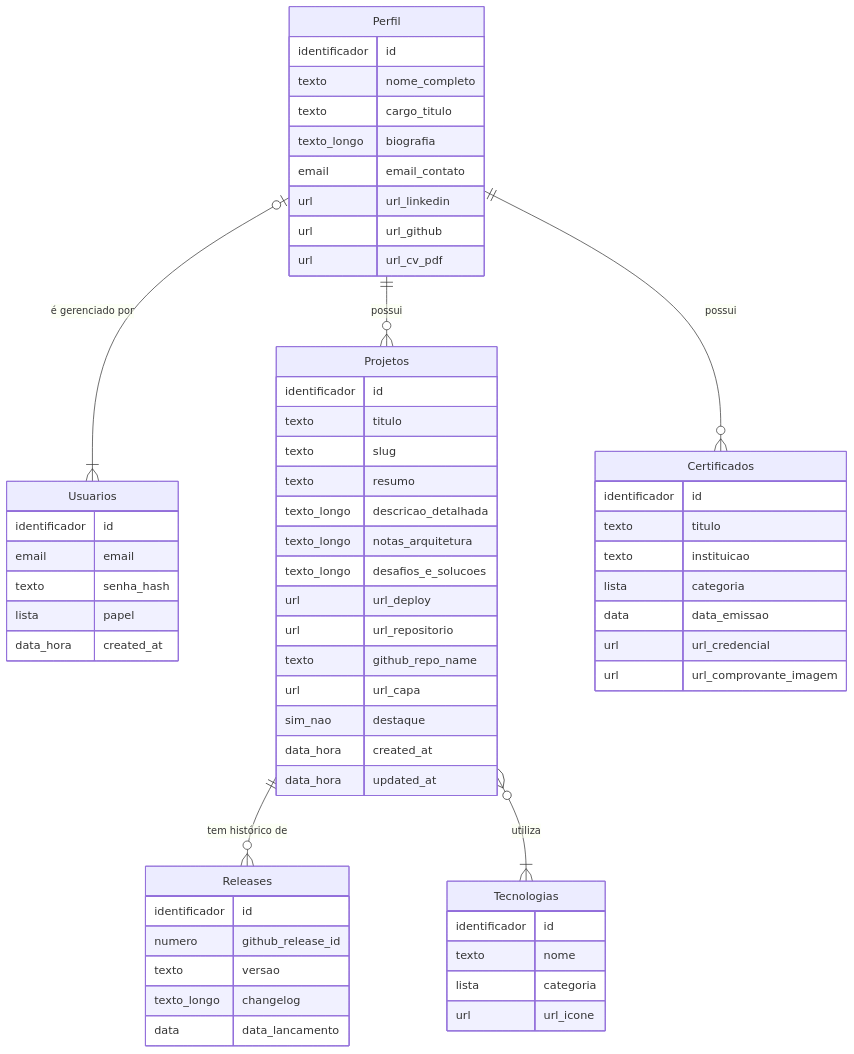
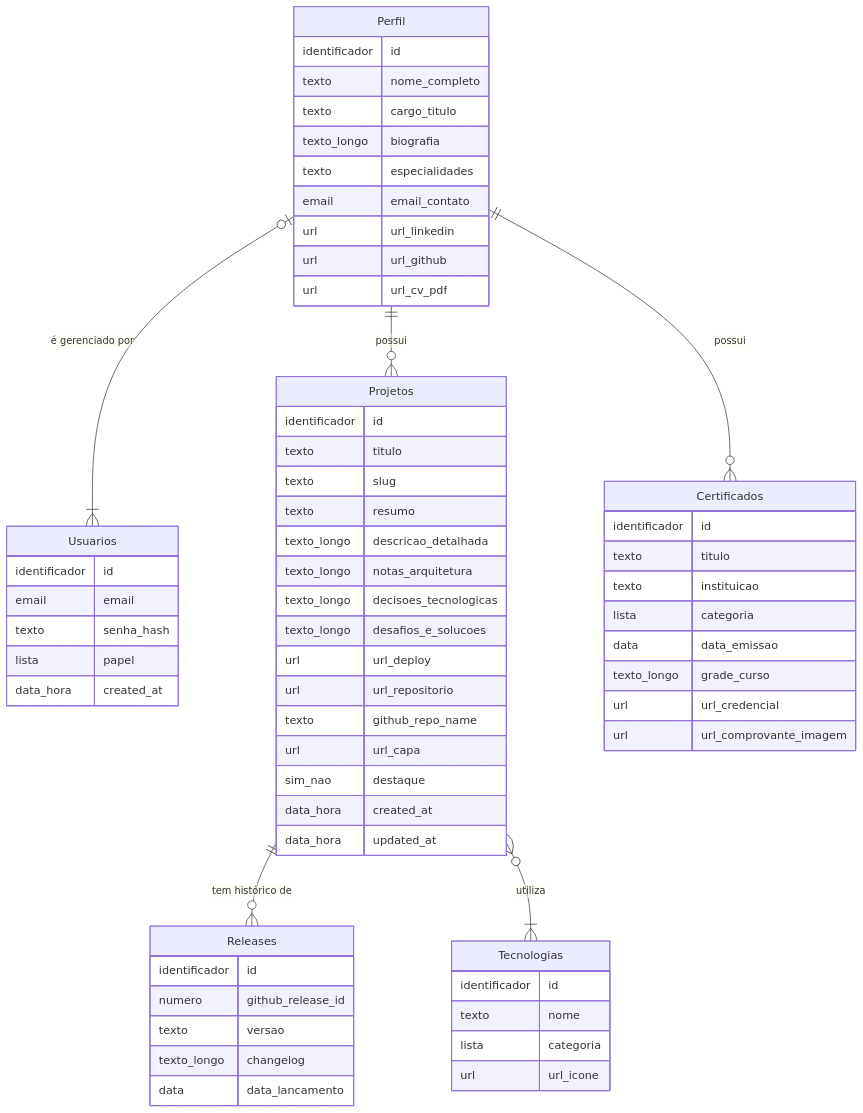
One commit to JosivalSalvador/portfolio_JosivalSalvador changed the diagram in docs/modelo-conceitual.md. Above: the diagram before and after it, drawn with Mermaid. The commit also changed other lines of this file and 66 other files, not shown here.

````diff
--- a/docs/modelo-conceitual.md
+++ b/docs/modelo-conceitual.md
@@ -228,64 +231,67 @@
 ```mermaid
 erDiagram
     Perfil |o--|{ Usuarios : "é gerenciado por"
     Perfil ||--o{ Projetos : "possui"
     Perfil ||--o{ Certificados : "possui"
     Projetos ||--o{ Releases : "tem histórico de"
     Projetos }o--|{ Tecnologias : "utiliza"
 
     Perfil {
         identificador id
         texto nome_completo
         texto cargo_titulo
         texto_longo biografia
+        texto especialidades
         email email_contato
         url url_linkedin
         url url_github
         url url_cv_pdf
     }
     Usuarios {
         identificador id
         email email
         texto senha_hash
         lista papel
         data_hora created_at
     }
     Projetos {
         identificador id
         texto titulo
         texto slug
         texto resumo
         texto_longo descricao_detalhada
         texto_longo notas_arquitetura
+        texto_longo decisoes_tecnologicas
         texto_longo desafios_e_solucoes
         url url_deploy
         url url_repositorio
         texto github_repo_name
         url url_capa
         sim_nao destaque
         data_hora created_at
         data_hora updated_at
     }
     Releases {
         identificador id
         numero github_release_id
         texto versao
         texto_longo changelog
         data data_lancamento
     }
     Tecnologias {
         identificador id
         texto nome
         lista categoria
         url url_icone
     }
     Certificados {
         identificador id
         texto titulo
         texto instituicao
         lista categoria
         data data_emissao
+        texto_longo grade_curso
         url url_credencial
         url url_comprovante_imagem
     }
 ```
````
